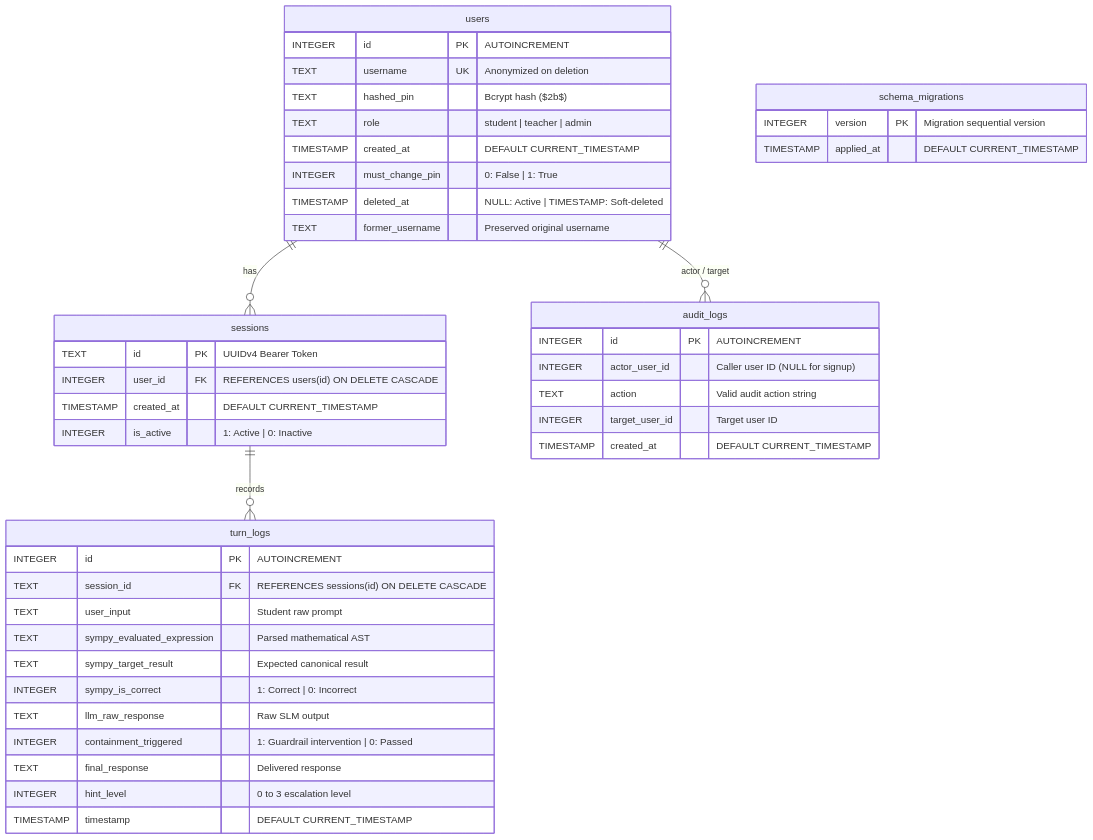
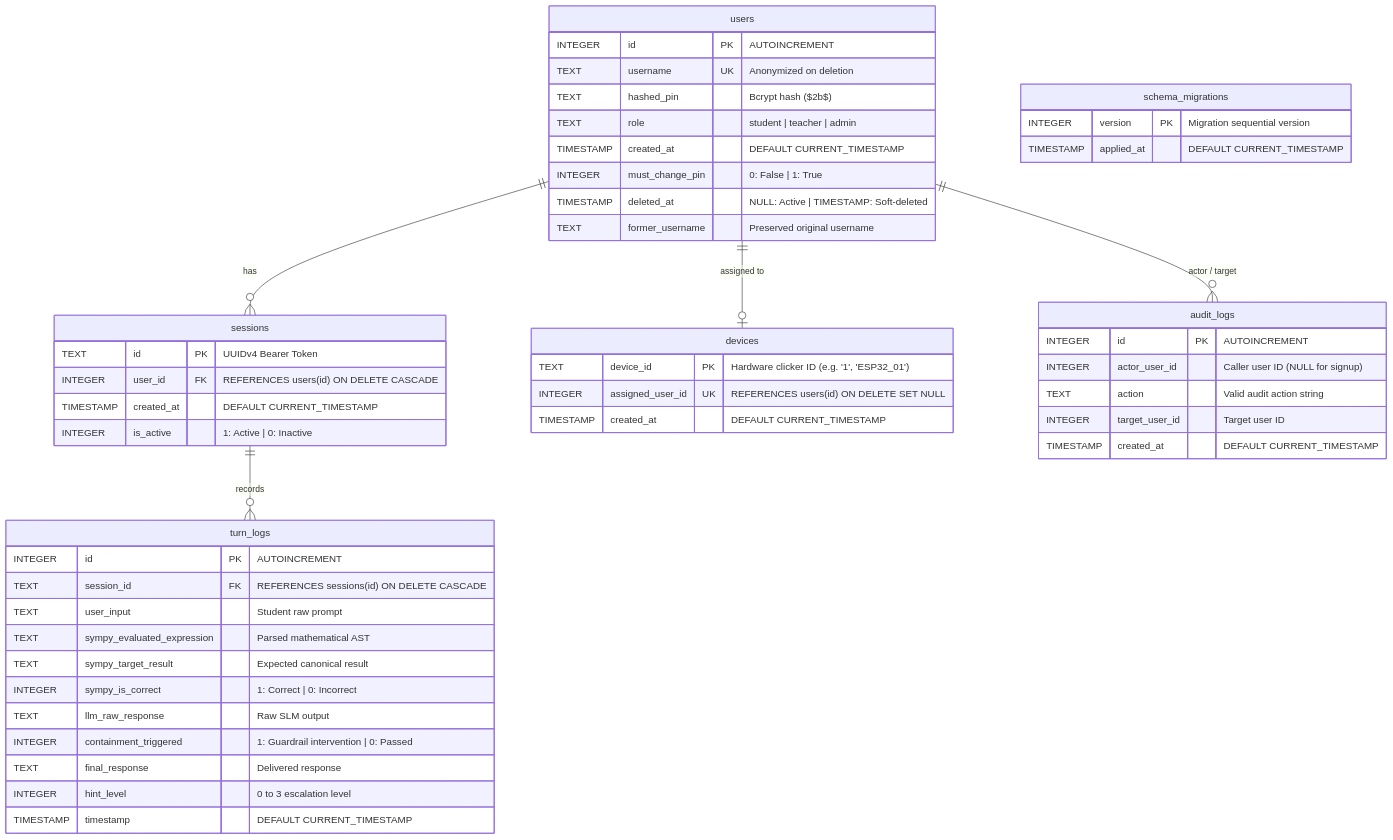
One commit to GabGP/TutorBox changed the diagram in docs/database-schema.md. Above: the diagram before and after it, drawn with Mermaid. The commit also changed other lines of this file and 12 other files, not shown here.

First line of the commit message:
feat(backend): implement ESP32 clicker device registry and teacher pairing

````diff
--- a/docs/database-schema.md
+++ b/docs/database-schema.md
@@ -54,51 +56,58 @@
 ```mermaid
 erDiagram
     users ||--o{ sessions : "has"
+    users ||--o| devices : "assigned to"
     sessions ||--o{ turn_logs : "records"
     users ||--o{ audit_logs : "actor / target"
 
     users {
         INTEGER id PK "AUTOINCREMENT"
         TEXT username UK "Anonymized on deletion"
         TEXT hashed_pin "Bcrypt hash ($2b$)"
         TEXT role "student | teacher | admin"
         TIMESTAMP created_at "DEFAULT CURRENT_TIMESTAMP"
         INTEGER must_change_pin "0: False | 1: True"
         TIMESTAMP deleted_at "NULL: Active | TIMESTAMP: Soft-deleted"
         TEXT former_username "Preserved original username"
+    }
+
+    devices {
+        TEXT device_id PK "Hardware clicker ID (e.g. '1', 'ESP32_01')"
+        INTEGER assigned_user_id UK "REFERENCES users(id) ON DELETE SET NULL"
+        TIMESTAMP created_at "DEFAULT CURRENT_TIMESTAMP"
     }
 
     sessions {
         TEXT id PK "UUIDv4 Bearer Token"
         INTEGER user_id FK "REFERENCES users(id) ON DELETE CASCADE"
         TIMESTAMP created_at "DEFAULT CURRENT_TIMESTAMP"
         INTEGER is_active "1: Active | 0: Inactive"
     }
 
     turn_logs {
         INTEGER id PK "AUTOINCREMENT"
         TEXT session_id FK "REFERENCES sessions(id) ON DELETE CASCADE"
         TEXT user_input "Student raw prompt"
         TEXT sympy_evaluated_expression "Parsed mathematical AST"
         TEXT sympy_target_result "Expected canonical result"
         INTEGER sympy_is_correct "1: Correct | 0: Incorrect"
         TEXT llm_raw_response "Raw SLM output"
         INTEGER containment_triggered "1: Guardrail intervention | 0: Passed"
         TEXT final_response "Delivered response"
         INTEGER hint_level "0 to 3 escalation level"
         TIMESTAMP timestamp "DEFAULT CURRENT_TIMESTAMP"
     }
 
     audit_logs {
         INTEGER id PK "AUTOINCREMENT"
         INTEGER actor_user_id "Caller user ID (NULL for signup)"
         TEXT action "Valid audit action string"
         INTEGER target_user_id "Target user ID"
         TIMESTAMP created_at "DEFAULT CURRENT_TIMESTAMP"
     }
 
     schema_migrations {
         INTEGER version PK "Migration sequential version"
         TIMESTAMP applied_at "DEFAULT CURRENT_TIMESTAMP"
     }
 ```
````
